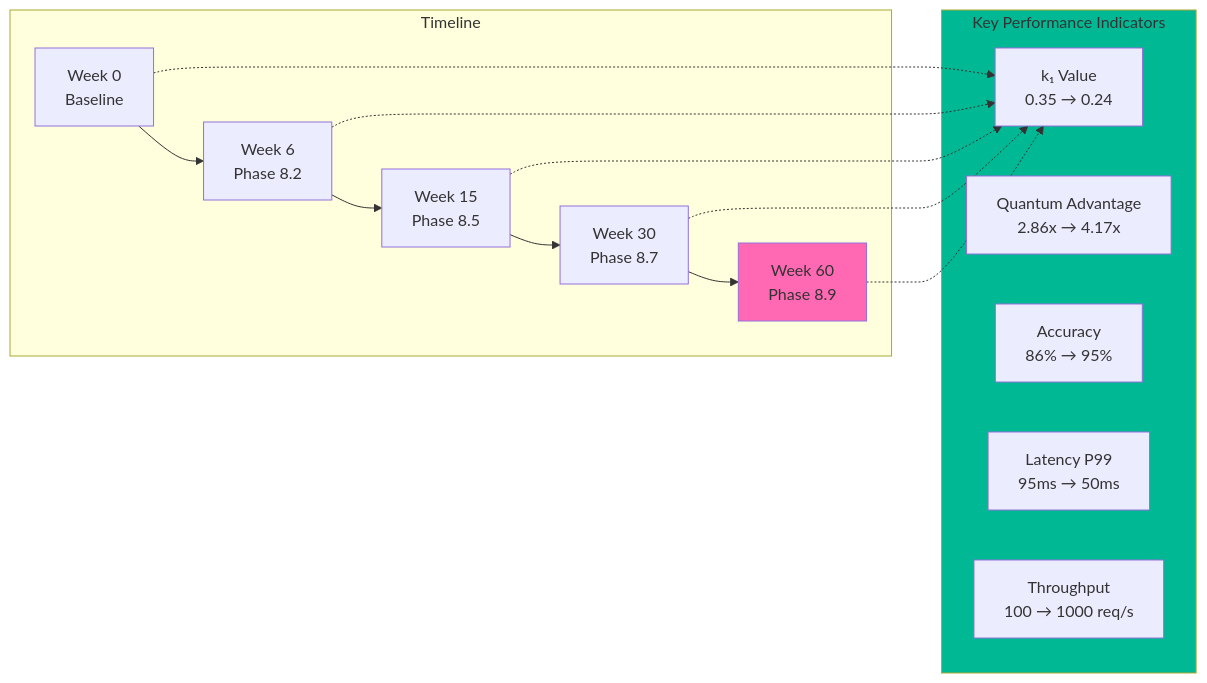
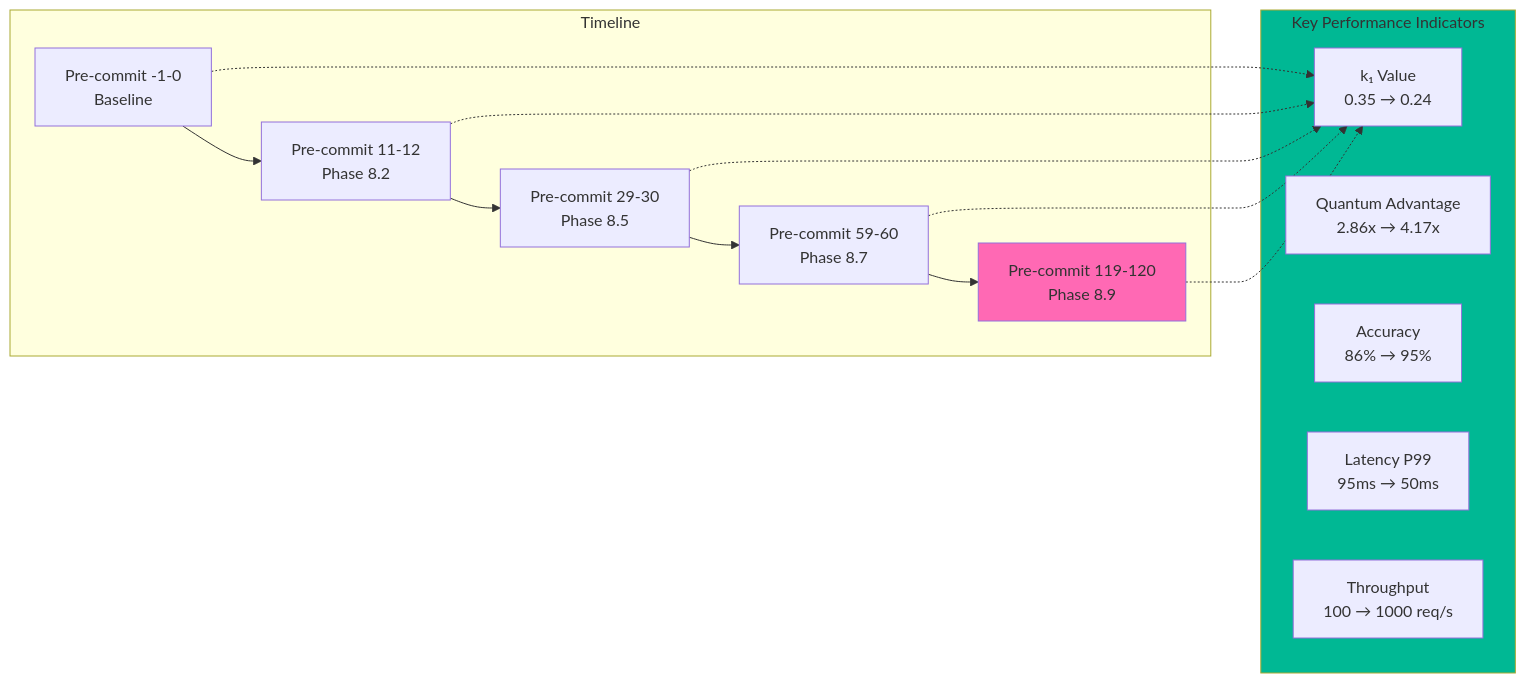
Diagram 17 of 17 in .github/agents/COGNITIVE_BRAIN_ARCHITECTURE_DIAGRAMS.md (Aries-Serpent/_codex_), drawn with Mermaid before and after one commit. The commit also changed 64 other files, not shown here.

````diff
--- a/.github/agents/COGNITIVE_BRAIN_ARCHITECTURE_DIAGRAMS.md
+++ b/.github/agents/COGNITIVE_BRAIN_ARCHITECTURE_DIAGRAMS.md
@@ -945,32 +945,32 @@
 ```mermaid
 graph LR
     subgraph Metrics["Key Performance Indicators"]
         K1[k₁ Value<br/>0.35 → 0.24]
         QA[Quantum Advantage<br/>2.86x → 4.17x]
         ACC[Accuracy<br/>86% → 95%]
         LAT[Latency P99<br/>95ms → 50ms]
         THR[Throughput<br/>100 → 1000 req/s]
     end
     
     subgraph Timeline
-        T0[Week 0<br/>Baseline]
-        T6[Week 6<br/>Phase 8.2]
-        T15[Week 15<br/>Phase 8.5]
-        T30[Week 30<br/>Phase 8.7]
-        T60[Week 60<br/>Phase 8.9]
+        T0[Pre-commit -1-0<br/>Baseline]
+        T6[Pre-commit 11-12<br/>Phase 8.2]
+        T15[Pre-commit 29-30<br/>Phase 8.5]
+        T30[Pre-commit 59-60<br/>Phase 8.7]
+        T60[Pre-commit 119-120<br/>Phase 8.9]
     end
     
     T0 --> T6
     T6 --> T15
     T15 --> T30
     T30 --> T60
     
     T0 -.-> K1
     T6 -.-> K1
     T15 -.-> K1
     T30 -.-> K1
     T60 -.-> K1
     
     style Metrics fill:#00B894
     style T60 fill:#FF69B4
 ```
````
